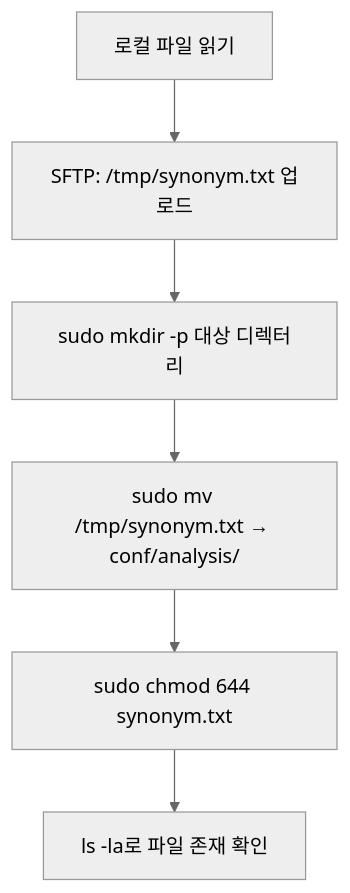
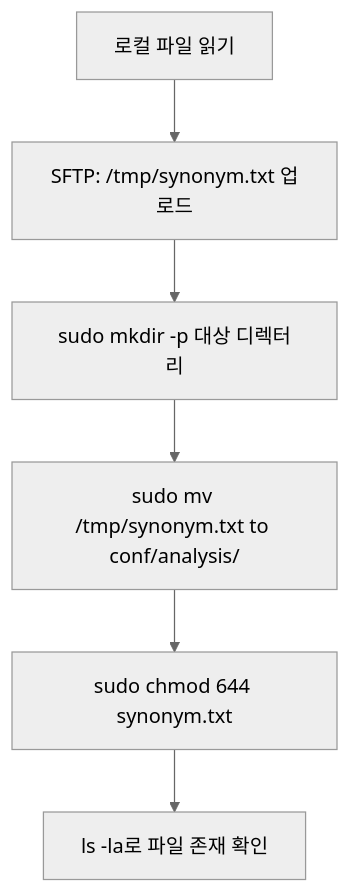
One commit to SonAIengine/sonblog changed the second of 4 diagrams in docs/search-engine/Rust 검색 엔진/Rust-검색-엔진에서-SSH-터널링으로-원격-DB-접근하기.md. Above: the diagram before and after it, drawn with Mermaid (neutral theme). The commit also changed other lines of this file and 10 other files, not shown here.

Commit message:
mermaid 다이어그램 전체 수정: mermaid 11.x 호환성 문제 해결

````diff
--- a/docs/search-engine/Rust 검색 엔진/Rust-검색-엔진에서-SSH-터널링으로-원격-DB-접근하기.md
+++ b/docs/search-engine/Rust 검색 엔진/Rust-검색-엔진에서-SSH-터널링으로-원격-DB-접근하기.md
@@ -342,8 +342,8 @@
 ```mermaid
-graph TD
-    A[로컬 파일 읽기] --> B[SFTP: /tmp/synonym.txt 업로드]
-    B --> C[sudo mkdir -p 대상 디렉터리]
-    C --> D[sudo mv /tmp/synonym.txt → conf/analysis/]
-    D --> E[sudo chmod 644 synonym.txt]
-    E --> F[ls -la로 파일 존재 확인]
+flowchart TD
+    A[로컬 파일 읽기] --> B["SFTP: /tmp/synonym.txt 업로드"]
+    B --> C["sudo mkdir -p 대상 디렉터리"]
+    C --> D["sudo mv /tmp/synonym.txt to conf/analysis/"]
+    D --> E["sudo chmod 644 synonym.txt"]
+    E --> F["ls -la로 파일 존재 확인"]
 ```
````
